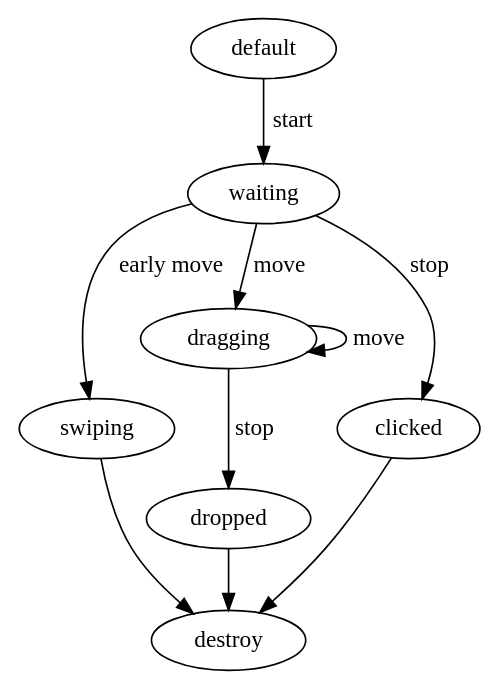
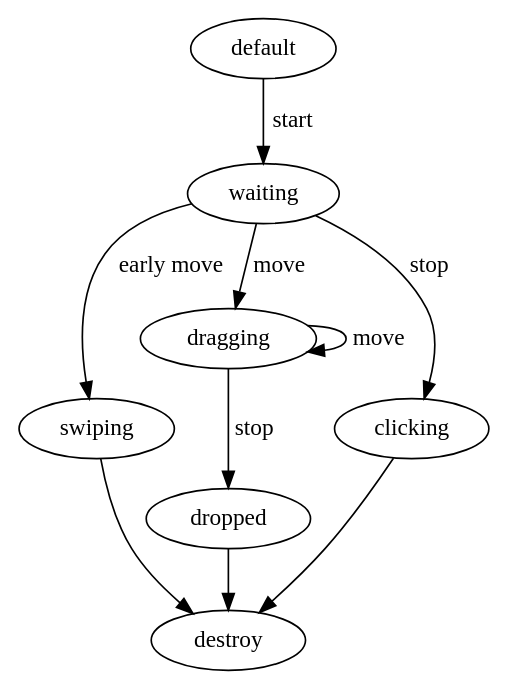
One commit to adopted-ember-addons/ember-sortable changed the diagram in states.dot. Above: the diagram before and after it, drawn with Graphviz. The commit also changed 2 other files, not shown here.

```diff
--- a/states.dot
+++ b/states.dot
@@ -1,11 +1,11 @@
 digraph {
   default -> waiting [label="start"]
   waiting -> swiping [label="early move"]
   swiping -> destroy
   waiting -> dragging [label="move"]
-  waiting -> clicked [label="stop"]
-  clicked -> destroy
+  waiting -> clicking [label="stop"]
+  clicking -> destroy
   dragging -> dragging [label="move"]
   dragging -> dropped [label="stop"]
   dropped -> destroy
 }
```
